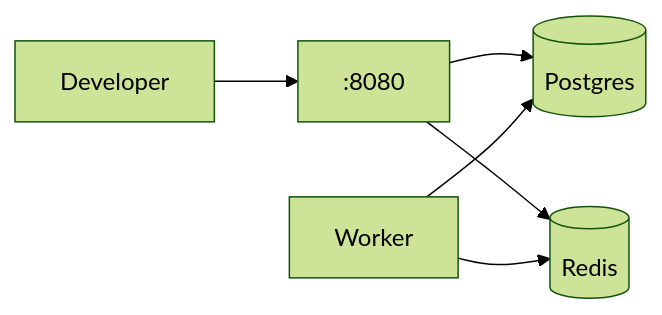
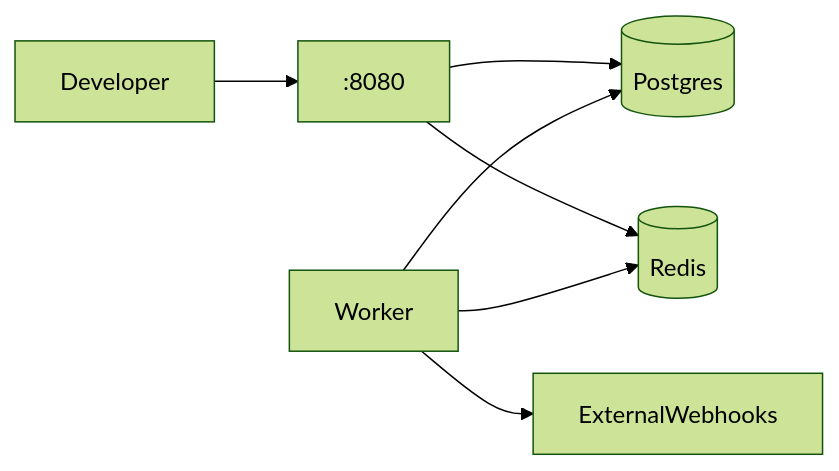
One commit to shwetaudacious/event-fanout changed the fifth of 5 diagrams in docs/architecture.md. Above: the diagram before and after it, drawn with Mermaid (forest theme). The commit also changed other lines of this file and 12 other files, not shown here.

First line of the commit message:
Address engineering requirements: architecture diagrams, tests, docs, CI.

````diff
--- a/docs/architecture.md
+++ b/docs/architecture.md
@@ -121,8 +169,9 @@
 ```mermaid
 flowchart LR
     Dev[Developer] --> Server[:8080]
     Server --> PG[(Postgres)]
     Server --> Redis[(Redis)]
     Worker --> PG
     Worker --> Redis
+    Worker --> Webhooks[ExternalWebhooks]
 ```
````
